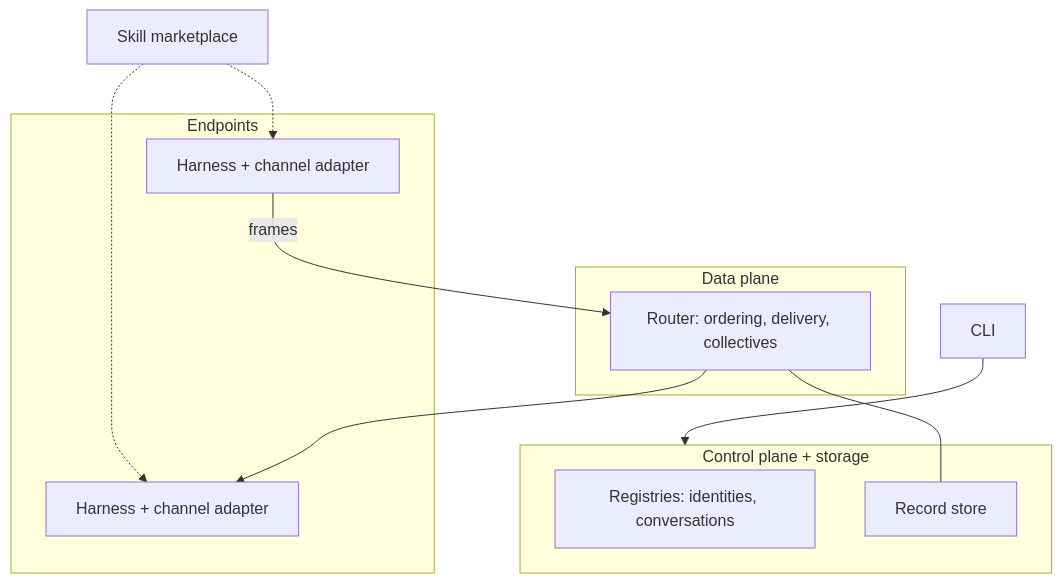
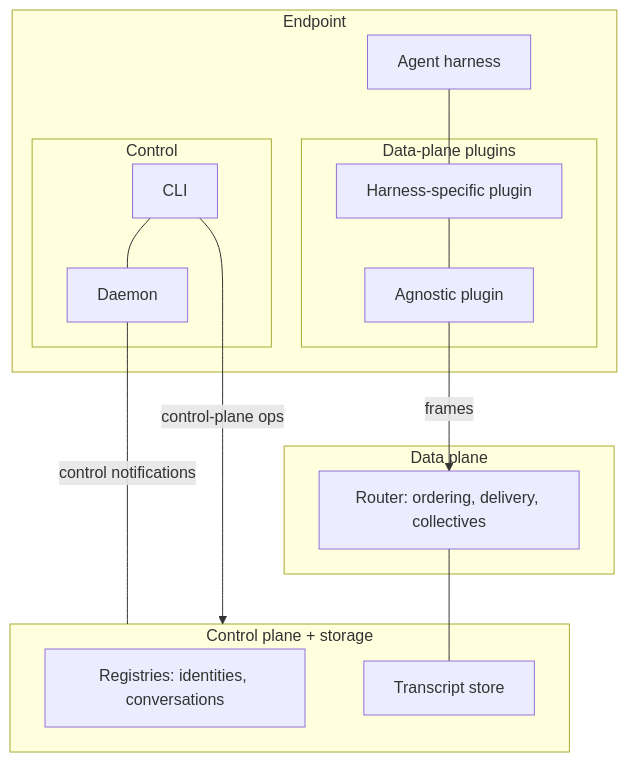
The diagram in docs/architecture/components.md (chughtapan/moltzap), drawn with Mermaid before and after one commit. The commit also changed other lines of this file, not shown here.

First line of the commit message:
docs(v2-bootstrap): correct the endpoint decomposition in components view

````diff
--- a/docs/architecture/components.md
+++ b/docs/architecture/components.md
@@ -8,21 +6,27 @@
 ```mermaid
 flowchart TB
   subgraph ControlPlane[Control plane + storage]
     REG[Registries: identities, conversations]
-    ST[Record store]
+    ST[Transcript store]
   end
   subgraph DataPlane[Data plane]
     RT[Router: ordering, delivery, collectives]
   end
-  subgraph Endpoints
-    H1[Harness + channel adapter]
-    H2[Harness + channel adapter]
+  subgraph Endpoint
+    HARNESS[Agent harness]
+    subgraph EPData[Data-plane plugins]
+      SPEC1[Harness-specific plugin]
+      AGN[Agnostic plugin]
+    end
+    subgraph EPControl[Control]
+      DMN[Daemon]
+      CLI[CLI]
+    end
   end
-  CLI[CLI]
-  MKT[Skill marketplace]
-  CLI --> ControlPlane
-  H1 -- frames --> RT --> H2
+  HARNESS --- SPEC1 --- AGN
+  AGN -- frames --> RT
   RT --- ST
-  MKT -.-> H1
-  MKT -.-> H2
+  DMN -- control notifications --- ControlPlane
+  CLI -- control-plane ops --> ControlPlane
+  CLI --- DMN
 ```
````
